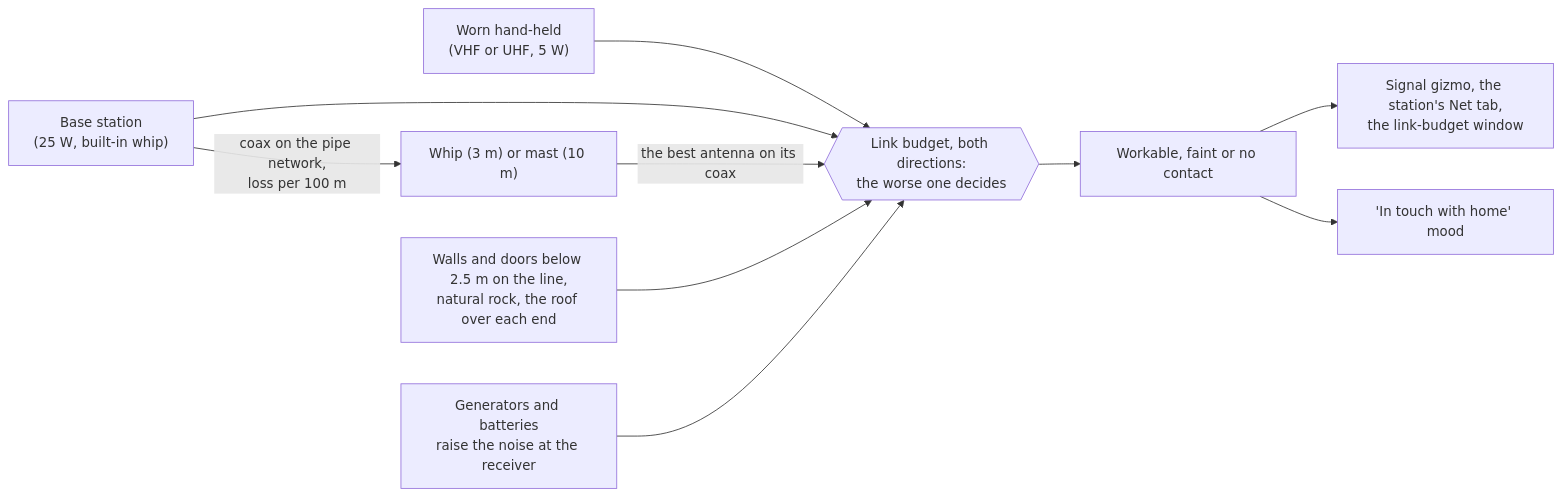
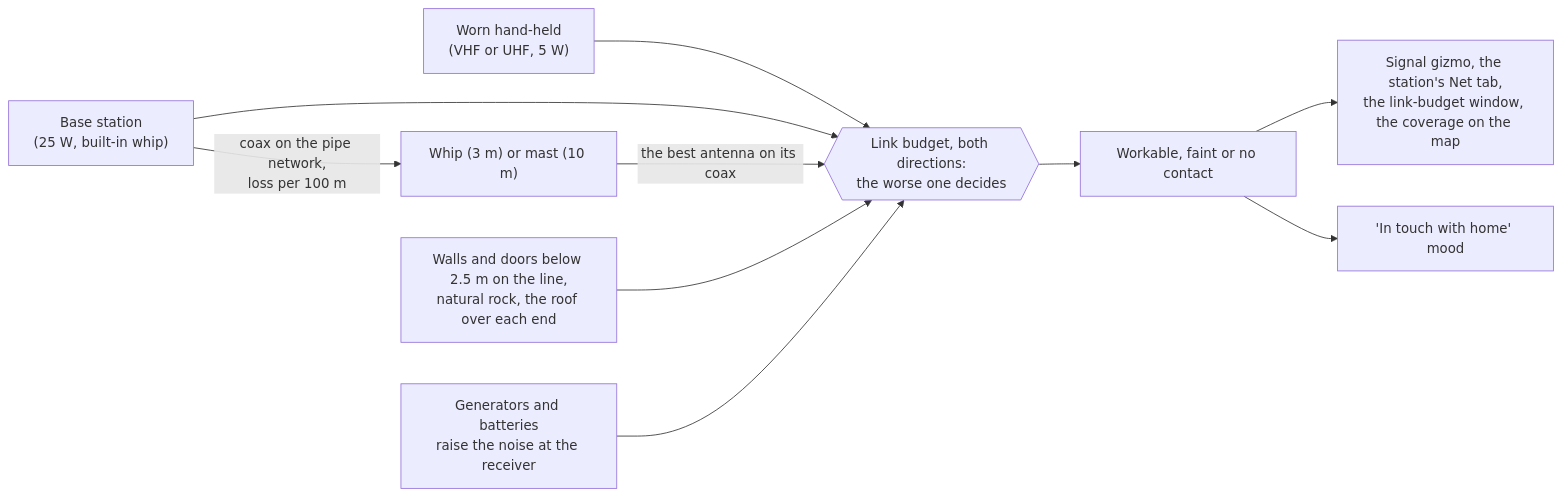
One commit to phobos-dthorga/phobos-rimworld changed the diagram in mods/PhobosRadioFramework/README.md. Above: the diagram before and after it, drawn with Mermaid. The commit also changed other lines of this file and 31 other files, not shown here.

First line of the commit message:
The radio reopened, with performance first; coverage on the map and noise that fades (Radio Framework 0.2.0)

````diff
--- a/mods/PhobosRadioFramework/README.md
+++ b/mods/PhobosRadioFramework/README.md
@@ -31,12 +29,12 @@
 ```mermaid
 flowchart LR
     Handheld["Worn hand-held<br/>(VHF or UHF, 5 W)"] --> Budget
     Station["Base station<br/>(25 W, built-in whip)"] --> Budget
     Station -- "coax on the pipe network,<br/>loss per 100 m" --> Antenna["Whip (3 m) or mast (10 m)"]
     Antenna -- "the best antenna on its coax" --> Budget
     Obstacles["Walls and doors below 2.5 m on the line,<br/>natural rock, the roof over each end"] --> Budget
     Noise["Generators and batteries<br/>raise the noise at the receiver"] --> Budget
     Budget{{"Link budget, both directions:<br/>the worse one decides"}} --> Outcome["Workable, faint or no contact"]
-    Outcome --> Shown["Signal gizmo, the station's Net tab,<br/>the link-budget window"]
+    Outcome --> Shown["Signal gizmo, the station's Net tab,<br/>the link-budget window, the coverage on the map"]
     Outcome --> Mood["'In touch with home' mood"]
 ```
````
